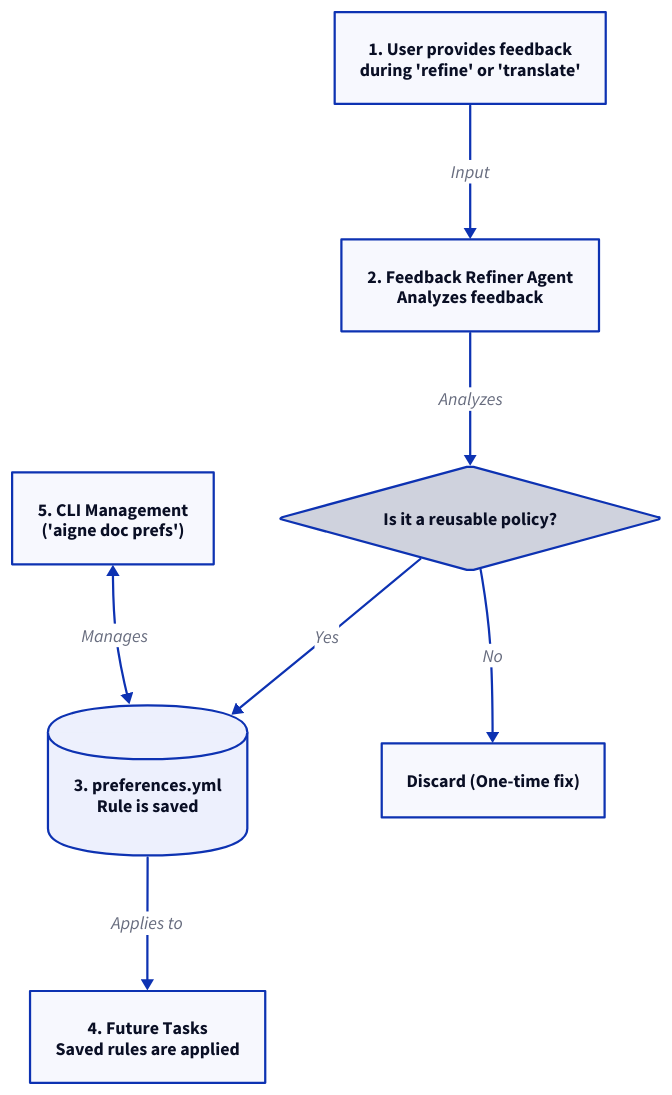
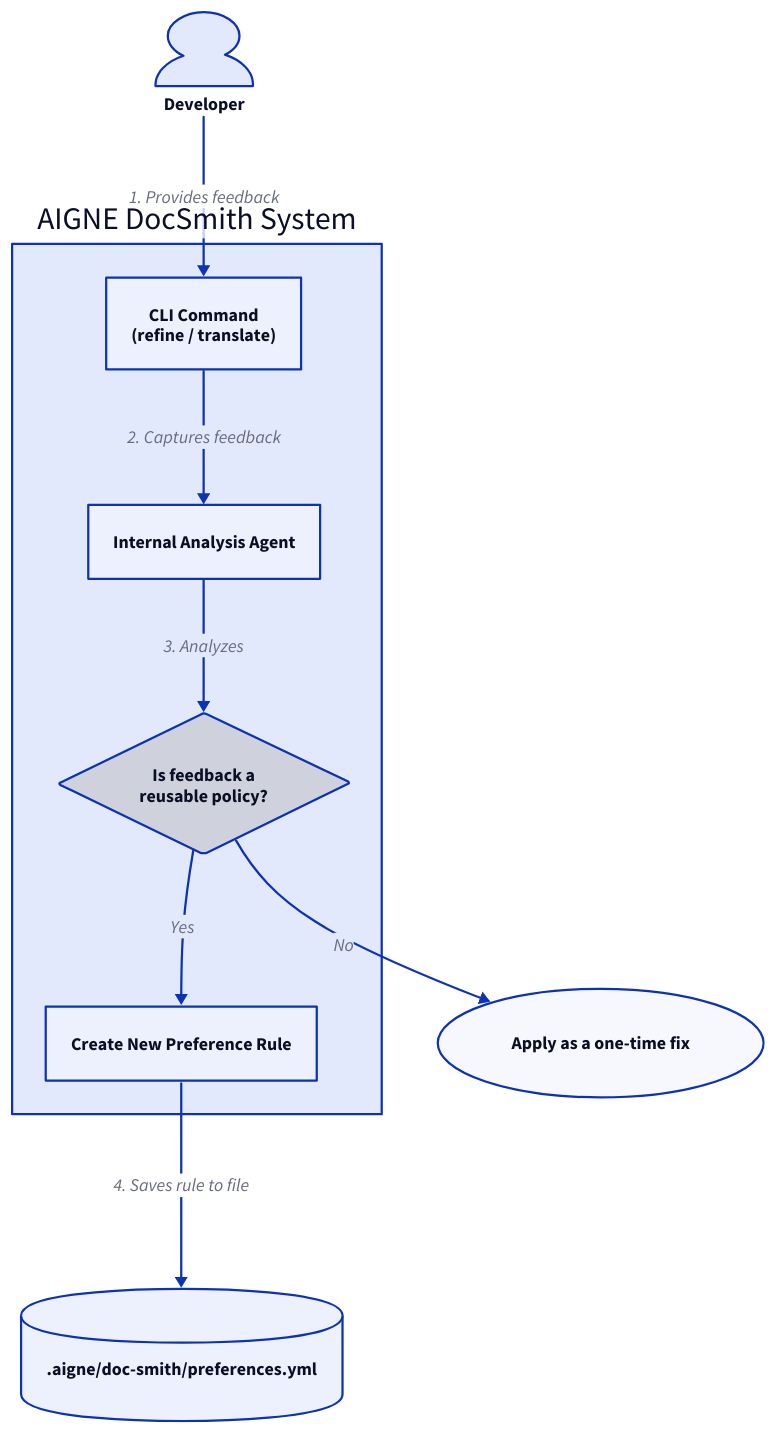
Before and after one commit to AIGNE-io/aigne-doc-smith: the diagram in docs/configuration-preferences.md, drawn with D2. The commit also changed other lines of this file and 84 other files, not shown here.

````diff
--- a/docs/configuration-preferences.md
+++ b/docs/configuration-preferences.md
@@ -9,41 +9,50 @@
 ```d2 The Preference Lifecycle
 direction: down
 
-feedback: {
-  label: "1. User provides feedback\nduring 'refine' or 'translate'"
-  shape: rectangle
+developer: {
+  label: "Developer"
+  shape: person
 }
 
-refiner: {
-  label: "2. Feedback Refiner Agent\nAnalyzes feedback"
+docsmith_system: {
+  label: "AIGNE DocSmith System"
   shape: rectangle
+
+  cli: {
+    label: "CLI Command\n(refine / translate)"
+    shape: rectangle
+  }
+
+  agent: {
+    label: "Internal Analysis Agent"
+    shape: rectangle
+  }
+
+  decision: {
+    label: "Is feedback a\nreusable policy?"
+    shape: diamond
+  }
+
+  create_rule: {
+    label: "Create New Preference Rule"
+    shape: rectangle
+  }
 }
 
-decision: {
-  label: "Is it a reusable policy?"
-  shape: diamond
-}
-
-pref_file: {
-  label: "3. preferences.yml\nRule is saved"
+preferences_file: {
+  label: ".aigne/doc-smith/preferences.yml"
   shape: cylinder
 }
 
-future_tasks: {
-  label: "4. Future Tasks\nSaved rules are applied"
-  shape: rectangle
+one_time_fix: {
+  label: "Apply as a one-time fix"
+  shape: oval
 }
 
-cli: {
-  label: "5. CLI Management\n('aigne doc prefs')"
-  shape: rectangle
-}
-
-feedback -> refiner: "Input"
-refiner -> decision: "Analyzes"
-decision -> pref_file: "Yes"
-decision -> "Discard (One-time fix)": "No"
-pref_file -> future_tasks: "Applies to"
-cli <-> pref_file: "Manages"
-
+developer -> docsmith_system.cli: "1. Provides feedback"
+docsmith_system.cli -> docsmith_system.agent: "2. Captures feedback"
+docsmith_system.agent -> docsmith_system.decision: "3. Analyzes"
+docsmith_system.decision -> docsmith_system.create_rule: "Yes"
+docsmith_system.create_rule -> preferences_file: "4. Saves rule to file"
+docsmith_system.decision -> one_time_fix: "No"
 ```
````
